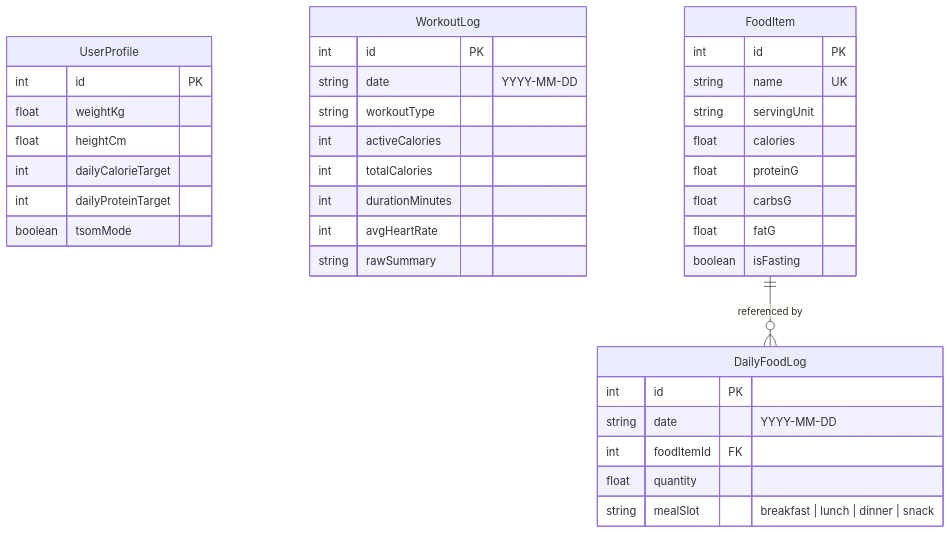
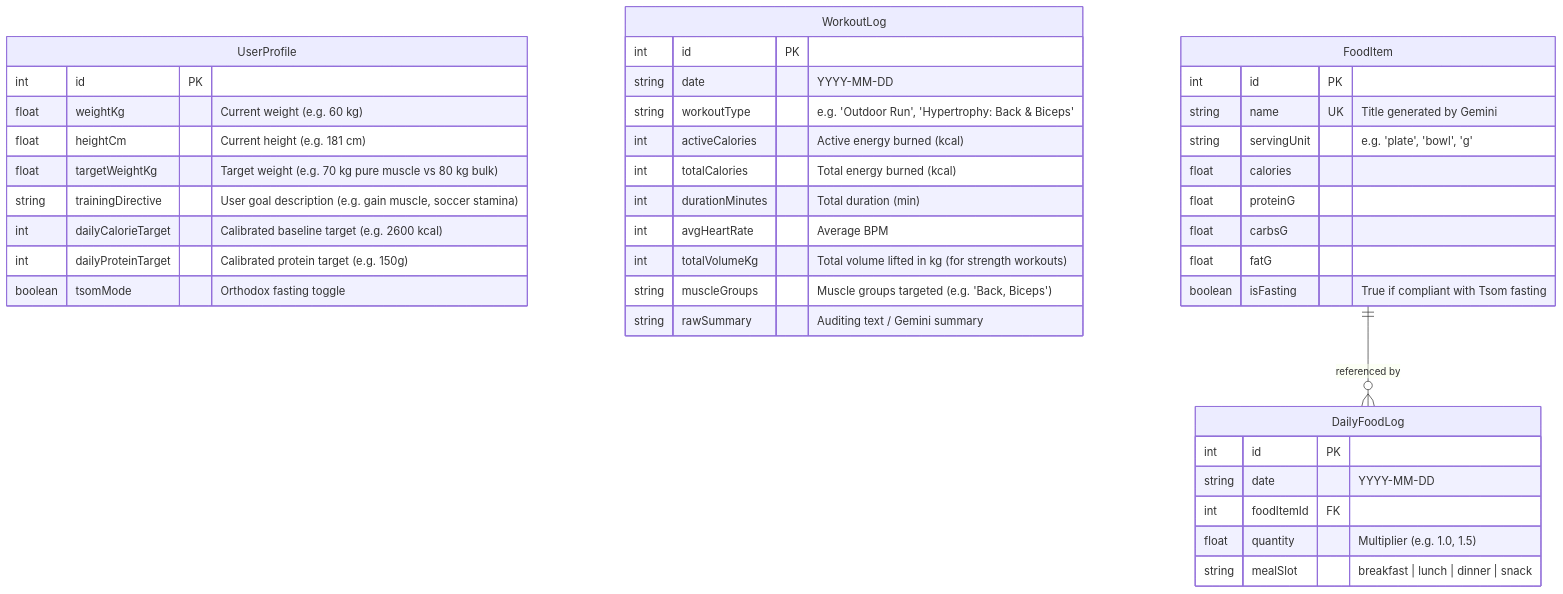
One commit to Bekjo3/macro-log changed the second of 7 diagrams in docs/SYSTEM_DESIGN.md. Above: the diagram before and after it, drawn with Mermaid. The commit also changed other lines of this file, not shown here.

Commit message:
docs: update system design with training goals and workout volume

````diff
--- a/docs/SYSTEM_DESIGN.md
+++ b/docs/SYSTEM_DESIGN.md
@@ -72,43 +75,47 @@
 ```mermaid
 erDiagram
     UserProfile {
         int id PK
-        float weightKg
-        float heightCm
-        int dailyCalorieTarget
-        int dailyProteinTarget
-        boolean tsomMode
+        float weightKg "Current weight (e.g. 60 kg)"
+        float heightCm "Current height (e.g. 181 cm)"
+        float targetWeightKg "Target weight (e.g. 70 kg pure muscle vs 80 kg bulk)"
+        string trainingDirective "User goal description (e.g. gain muscle, soccer stamina)"
+        int dailyCalorieTarget "Calibrated baseline target (e.g. 2600 kcal)"
+        int dailyProteinTarget "Calibrated protein target (e.g. 150g)"
+        boolean tsomMode "Orthodox fasting toggle"
     }
 
     WorkoutLog {
         int id PK
         string date "YYYY-MM-DD"
-        string workoutType
-        int activeCalories
-        int totalCalories
-        int durationMinutes
-        int avgHeartRate
-        string rawSummary
+        string workoutType "e.g. 'Outdoor Run', 'Hypertrophy: Back & Biceps'"
+        int activeCalories "Active energy burned (kcal)"
+        int totalCalories "Total energy burned (kcal)"
+        int durationMinutes "Total duration (min)"
+        int avgHeartRate "Average BPM"
+        int totalVolumeKg "Total volume lifted in kg (for strength workouts)"
+        string muscleGroups "Muscle groups targeted (e.g. 'Back, Biceps')"
+        string rawSummary "Auditing text / Gemini summary"
     }
 
     FoodItem {
         int id PK
-        string name UK
-        string servingUnit
+        string name UK "Title generated by Gemini"
+        string servingUnit "e.g. 'plate', 'bowl', 'g'"
         float calories
         float proteinG
         float carbsG
         float fatG
-        boolean isFasting
+        boolean isFasting "True if compliant with Tsom fasting"
     }
 
     DailyFoodLog {
         int id PK
         string date "YYYY-MM-DD"
         int foodItemId FK
-        float quantity
+        float quantity "Multiplier (e.g. 1.0, 1.5)"
         string mealSlot "breakfast | lunch | dinner | snack"
     }
 
     FoodItem ||--o{ DailyFoodLog : "referenced by"
 ```
````
